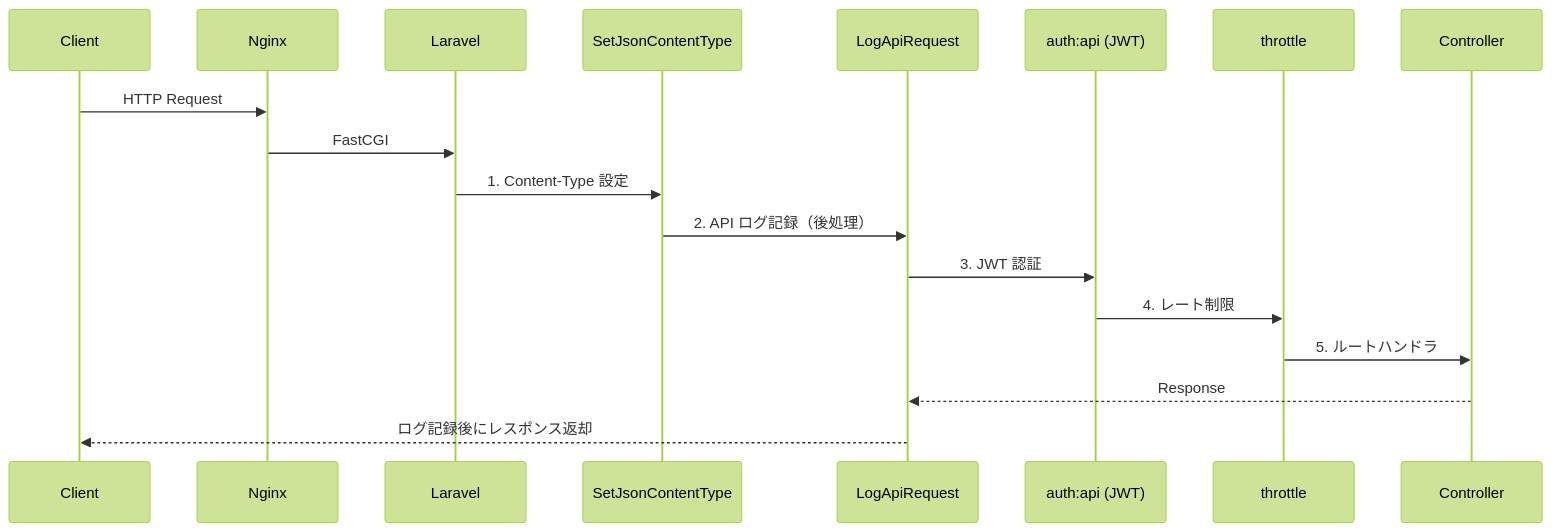
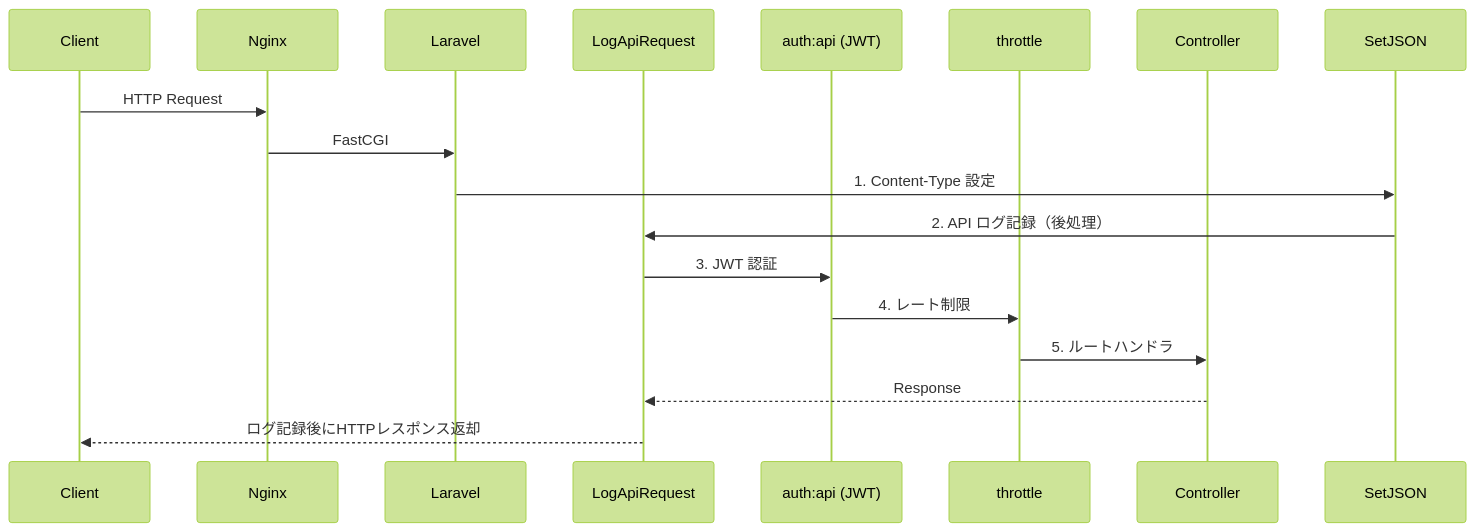
One commit to miyazakisora111/time-attendance changed the first of 2 diagrams in docs/dev/middleware-pipeline.md. Above: the diagram before and after it, drawn with Mermaid (forest theme). The commit also changed other lines of this file and 88 other files, not shown here.

````diff
--- a/docs/dev/middleware-pipeline.md
+++ b/docs/dev/middleware-pipeline.md
@@ -9,21 +9,20 @@
 ```mermaid
 sequenceDiagram
     participant Client
     participant Nginx
     participant Laravel
-    participant SetJSON as SetJsonContentType
     participant LogAPI as LogApiRequest
     participant Auth as auth:api (JWT)
     participant Throttle as throttle
     participant Controller
 
     Client->>Nginx: HTTP Request
     Nginx->>Laravel: FastCGI
     Laravel->>SetJSON: 1. Content-Type 設定
     SetJSON->>LogAPI: 2. API ログ記録（後処理）
     LogAPI->>Auth: 3. JWT 認証
     Auth->>Throttle: 4. レート制限
     Throttle->>Controller: 5. ルートハンドラ
     Controller-->>LogAPI: Response
-    LogAPI-->>Client: ログ記録後にレスポンス返却
+    LogAPI-->>Client: ログ記録後にHTTPレスポンス返却
 ```
````
